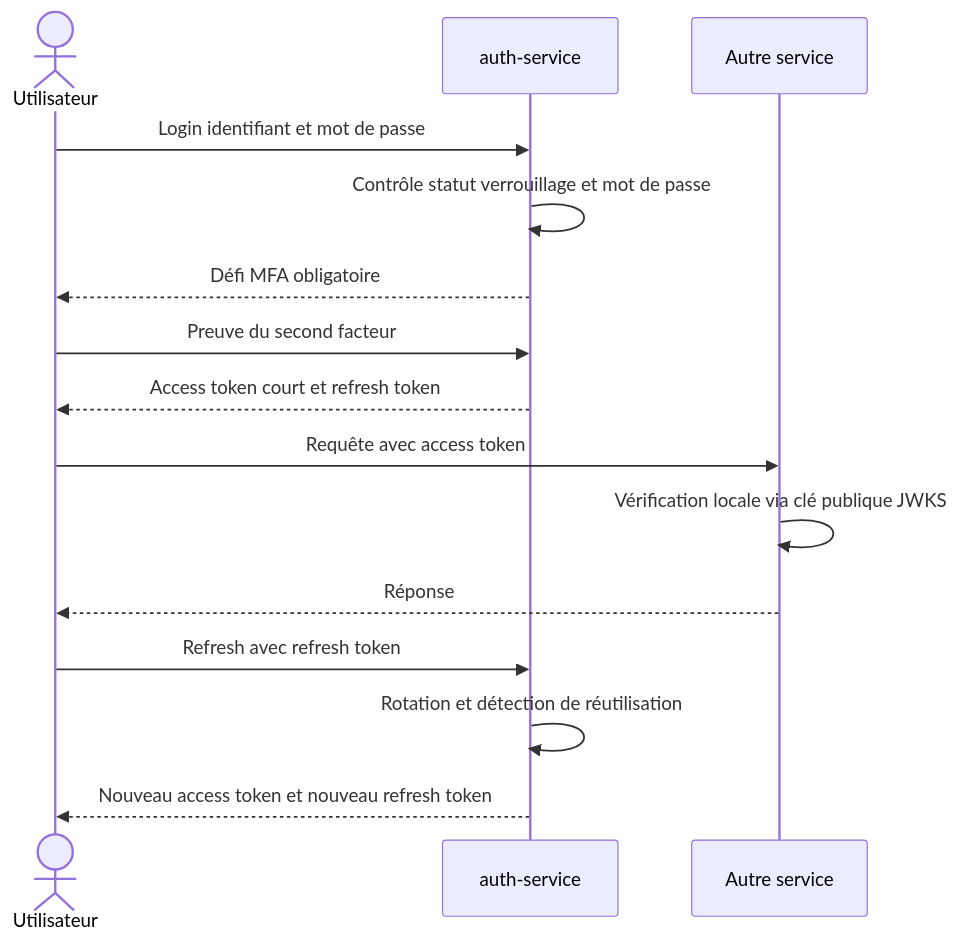
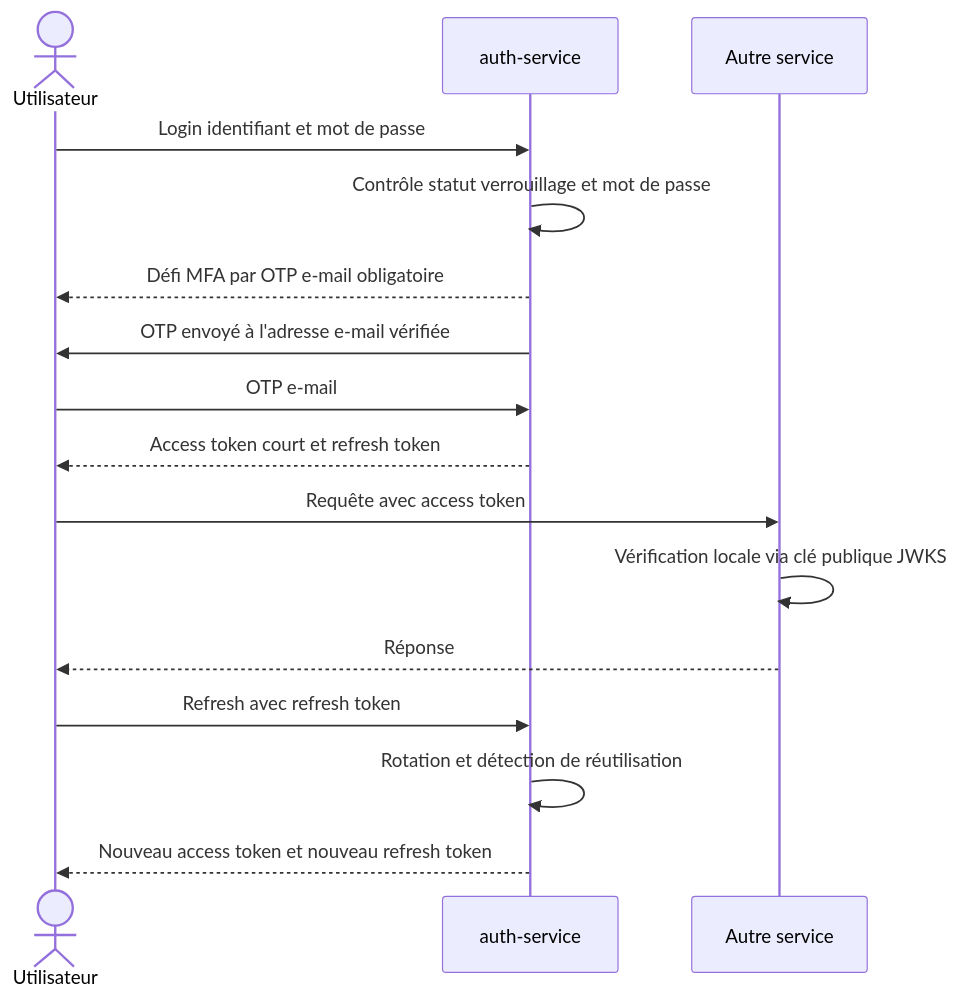
Before and after one commit to relouBird/kab-gateway-pay: the first of 3 diagrams in docs/cdc/CDC-01-identite-acces.md, drawn with Mermaid. The commit also changed other lines of this file and 35 other files, not shown here.

````diff
--- a/docs/cdc/CDC-01-identite-acces.md
+++ b/docs/cdc/CDC-01-identite-acces.md
@@ -103,17 +108,18 @@
 ```mermaid
 sequenceDiagram
     actor U as Utilisateur
     participant A as auth-service
     participant S as Autre service
     U->>A: Login identifiant et mot de passe
     A->>A: Contrôle statut verrouillage et mot de passe
-    A-->>U: Défi MFA obligatoire
-    U->>A: Preuve du second facteur
+    A-->>U: Défi MFA par OTP e-mail obligatoire
+    A->>U: OTP envoyé à l'adresse e-mail vérifiée
+    U->>A: OTP e-mail
     A-->>U: Access token court et refresh token
     U->>S: Requête avec access token
     S->>S: Vérification locale via clé publique JWKS
     S-->>U: Réponse
     U->>A: Refresh avec refresh token
     A->>A: Rotation et détection de réutilisation
     A-->>U: Nouveau access token et nouveau refresh token
 ```
````
